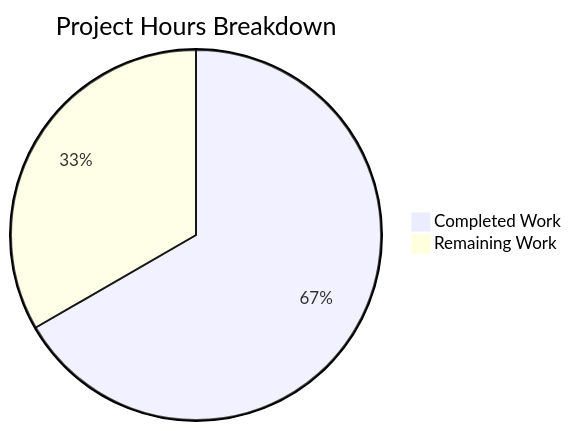
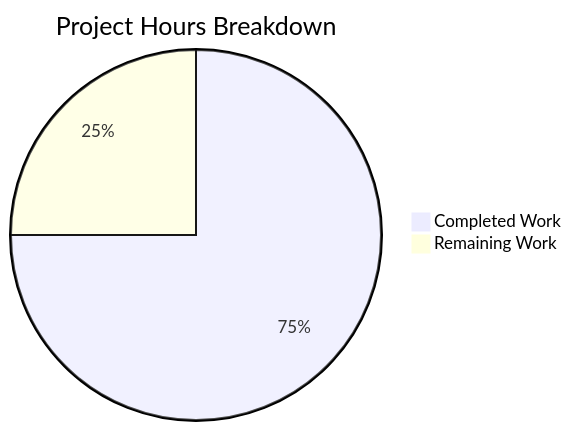
One commit to Sandeep01Kumar/Repo-for-qa-refine-test-12-feb changed the diagram in blitzy/documentation/Project Guide.md. Above: the diagram before and after it, drawn with Mermaid. The commit also changed other lines of this file, not shown here.

````diff
--- a/blitzy/documentation/Project Guide.md
+++ b/blitzy/documentation/Project Guide.md
@@ -113,5 +94,5 @@
 ```mermaid
 pie title Project Hours Breakdown
-    "Completed Work" : 4
+    "Completed Work" : 6
     "Remaining Work" : 2
 ```
````
